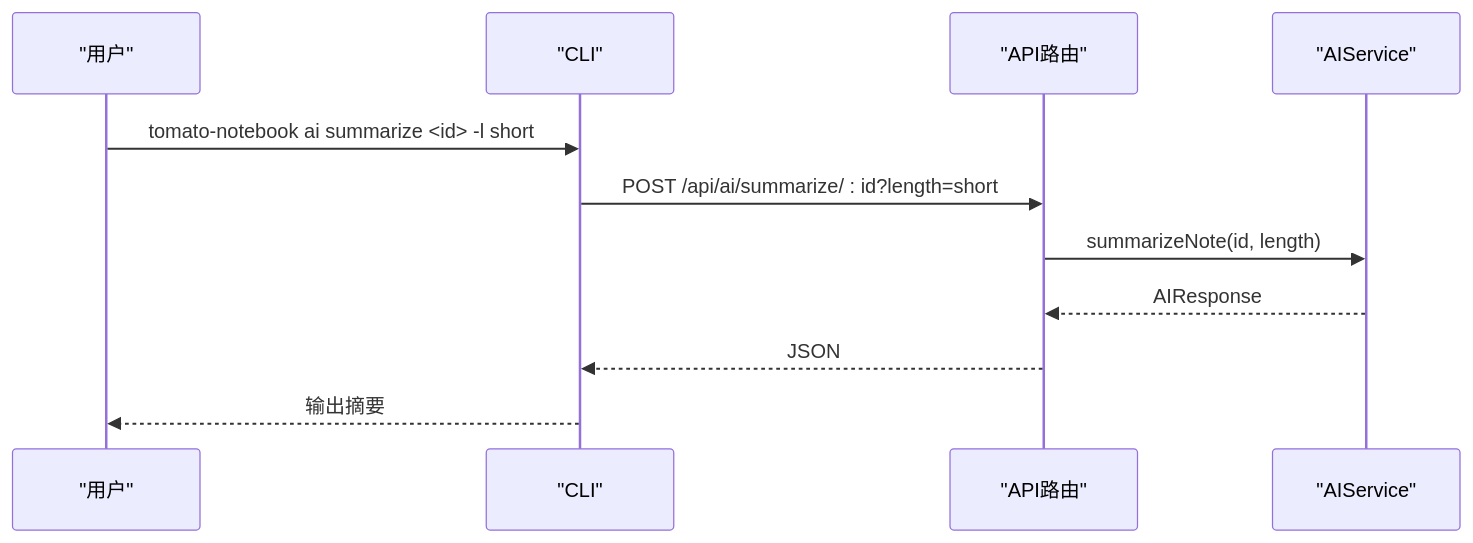
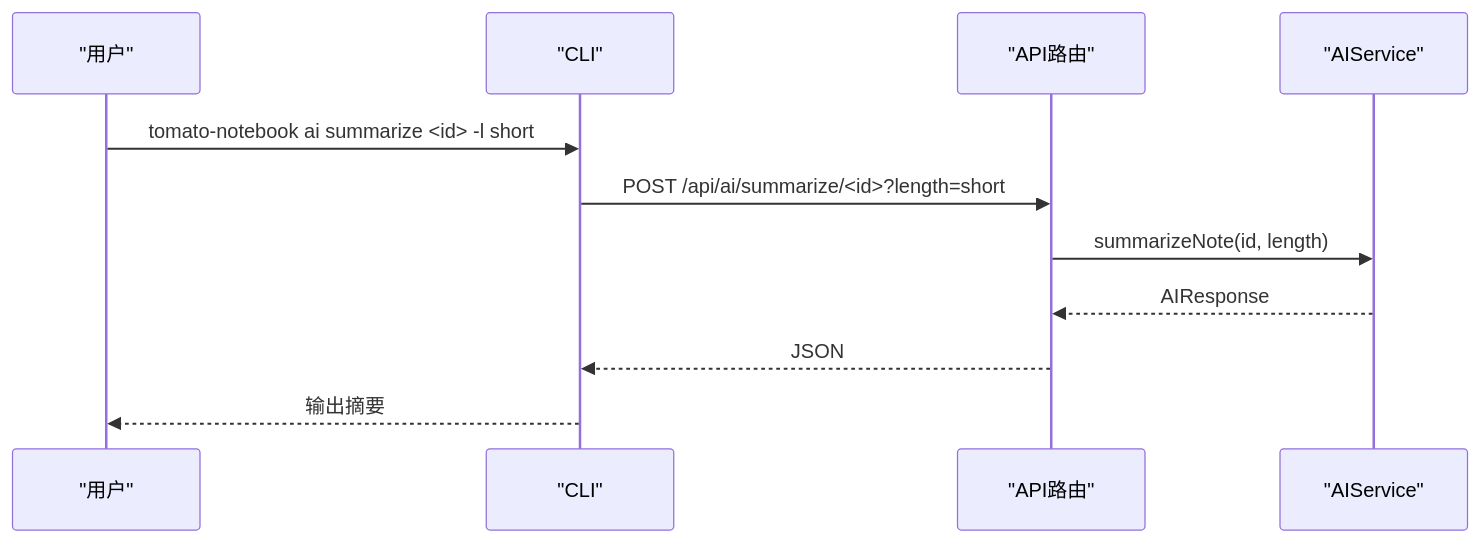
Before and after one commit to acproject/tomato_notebook: the sixth of 9 diagrams in .qoder/repowiki/zh/content/核心服务/AI服务.md, drawn with Mermaid. The commit also changed other lines of this file and 14 other files, not shown here.

````diff
--- a/.qoder/repowiki/zh/content/核心服务/AI服务.md
+++ b/.qoder/repowiki/zh/content/核心服务/AI服务.md
@@ -232,13 +245,13 @@
 ```mermaid
 sequenceDiagram
 participant User as "用户"
 participant CLI as "CLI"
 participant API as "API路由"
 participant AI as "AIService"
 User->>CLI : tomato-notebook ai summarize <id> -l short
-CLI->>API : POST /api/ai/summarize/ : id?length=short
+CLI->>API : POST /api/ai/summarize/<id>?length=short
 API->>AI : summarizeNote(id, length)
 AI-->>API : AIResponse
 API-->>CLI : JSON
 CLI-->>User : 输出摘要
 ```
````
